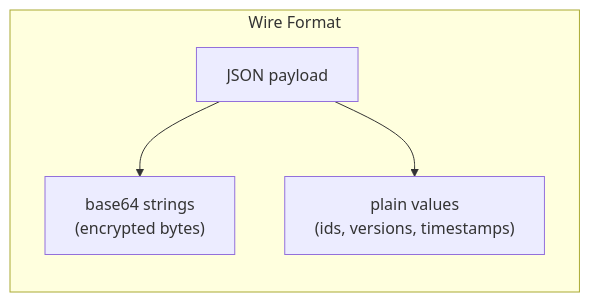
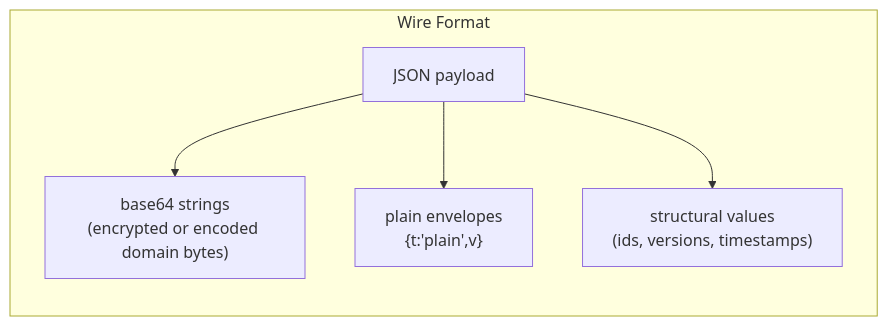
One commit to happier-dev/happier changed the ninth of 12 diagrams in docs/encryption.md. Above: the diagram before and after it, drawn with Mermaid. The commit also changed other lines of this file and 36 other files, not shown here.

````diff
--- a/docs/encryption.md
+++ b/docs/encryption.md
@@ -249,11 +460,13 @@
 ```mermaid
 graph LR
     subgraph "Wire Format"
         JSON[JSON payload]
-        B64["base64 strings<br/>(encrypted bytes)"]
-        Plain["plain values<br/>(ids, versions, timestamps)"]
+        B64["base64 strings<br/>(encrypted or encoded domain bytes)"]
+        PlainEnvelope["plain envelopes<br/>{t:'plain',v}"]
+        Plain["structural values<br/>(ids, versions, timestamps)"]
     end
 
     JSON --> B64
+    JSON --> PlainEnvelope
     JSON --> Plain
 ```
````
